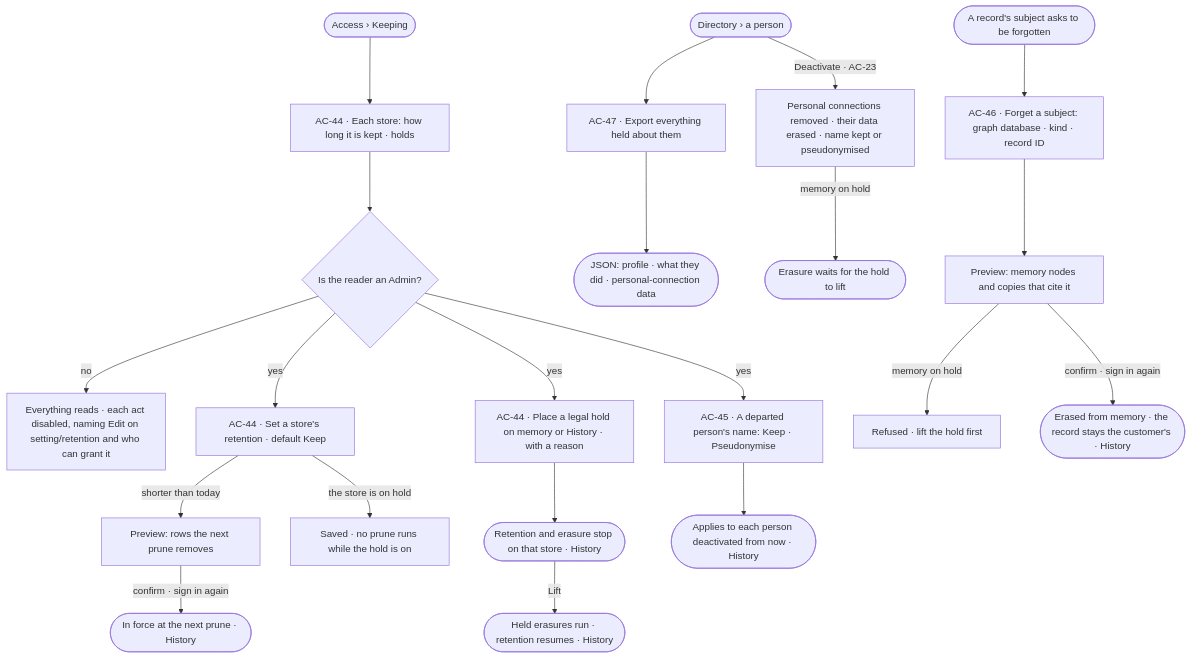
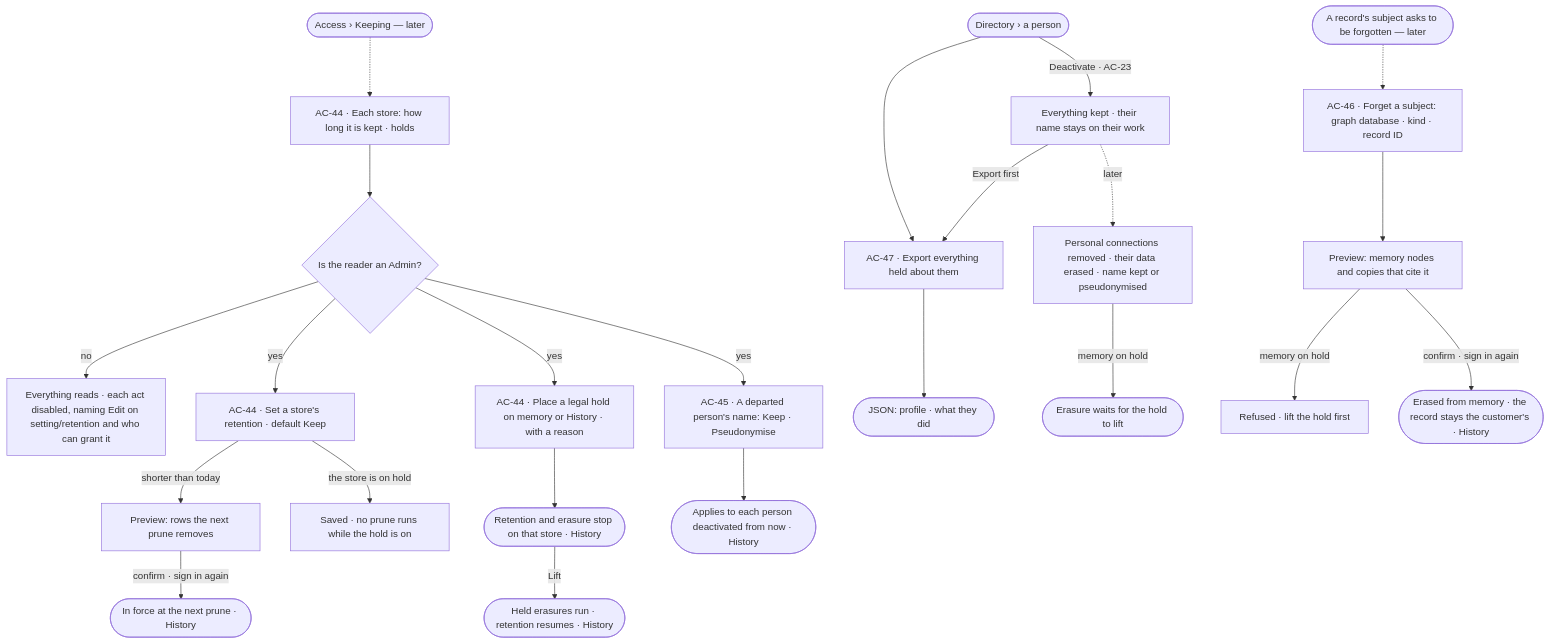
Before and after one commit to invana/invana: the first of 2 diagrams in specs/os/access/features/AC-F12-leaving-and-keeping/feature.md, drawn with Mermaid. The commit also changed other lines of this file and 9 other files, not shown here.

````diff
--- a/specs/os/access/features/AC-F12-leaving-and-keeping/feature.md
+++ b/specs/os/access/features/AC-F12-leaving-and-keeping/feature.md
@@ -27,23 +27,25 @@
 ```mermaid
 flowchart TD
-  start([Access › Keeping]) --> view["AC-44 · Each store: how long it is kept · holds"]
+  start([Access › Keeping — later]) -.-> view["AC-44 · Each store: how long it is kept · holds"]
   view --> who{"Is the reader an Admin?"}
   who -->|no| ro["Everything reads · each act disabled, naming Edit on setting/retention and who can grant it"]
   who -->|yes| ret["AC-44 · Set a store's retention · default Keep"]
   ret -->|shorter than today| prev["Preview: rows the next prune removes"]
   prev -->|confirm · sign in again| saved(["In force at the next prune · History"])
   ret -->|the store is on hold| held["Saved · no prune runs while the hold is on"]
   who -->|yes| hold["AC-44 · Place a legal hold on memory or History · with a reason"]
   hold --> hsaved(["Retention and erasure stop on that store · History"])
   hsaved -->|Lift| lift(["Held erasures run · retention resumes · History"])
   who -->|yes| names["AC-45 · A departed person's name: Keep · Pseudonymise"]
   names --> nsaved(["Applies to each person deactivated from now · History"])
   dir([Directory › a person]) --> exp["AC-47 · Export everything held about them"]
-  exp --> json(["JSON: profile · what they did · personal-connection data"])
-  dir -->|Deactivate · AC-23| leave["Personal connections removed · their data erased · name kept or pseudonymised"]
-  leave -->|memory on hold| wait(["Erasure waits for the hold to lift"])
-  rec([A record's subject asks to be forgotten]) --> fg["AC-46 · Forget a subject: graph database · kind · record ID"]
+  exp --> json(["JSON: profile · what they did"])
+  dir -->|Deactivate · AC-23| leave["Everything kept · their name stays on their work"]
+  leave -->|Export first| exp
+  leave -.->|later| er["Personal connections removed · their data erased · name kept or pseudonymised"]
+  er -->|memory on hold| wait(["Erasure waits for the hold to lift"])
+  rec([A record's subject asks to be forgotten — later]) -.-> fg["AC-46 · Forget a subject: graph database · kind · record ID"]
   fg --> fprev["Preview: memory nodes and copies that cite it"]
   fprev -->|memory on hold| fr["Refused · lift the hold first"]
   fprev -->|confirm · sign in again| fdone(["Erased from memory · the record stays the customer's · History"])
 ```
````
